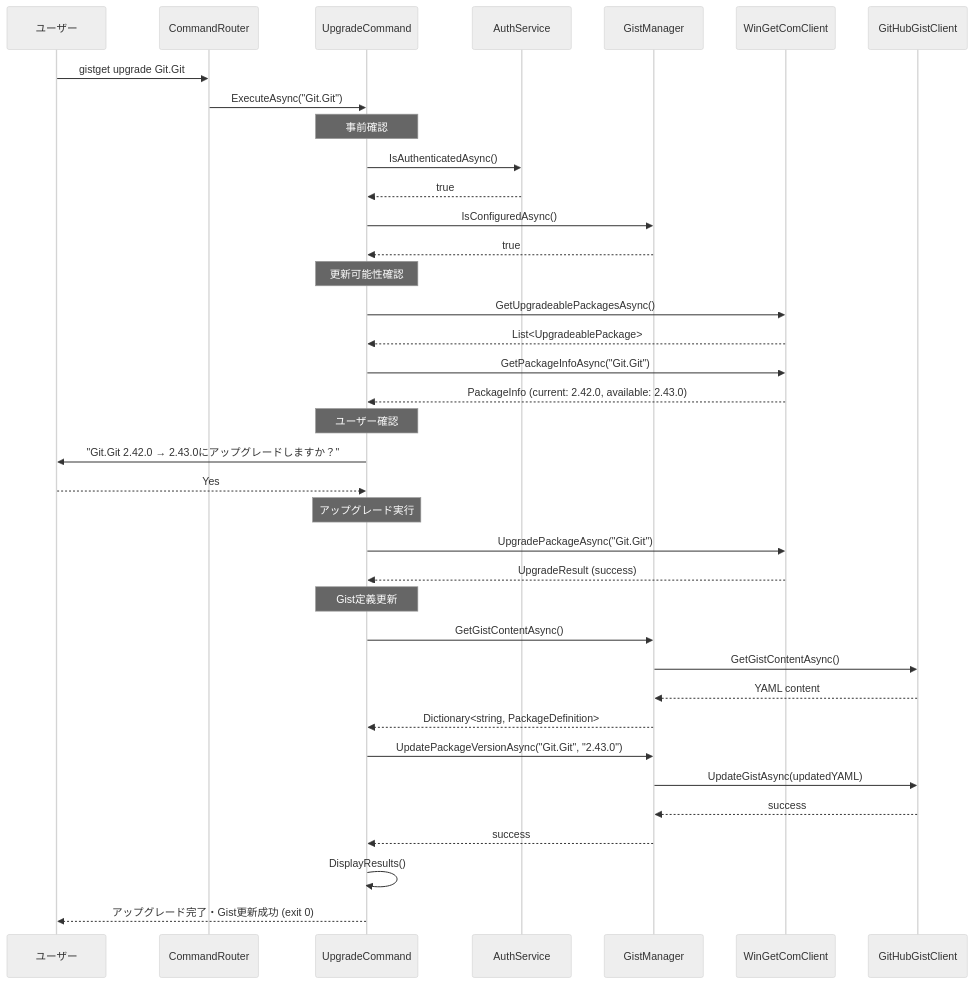
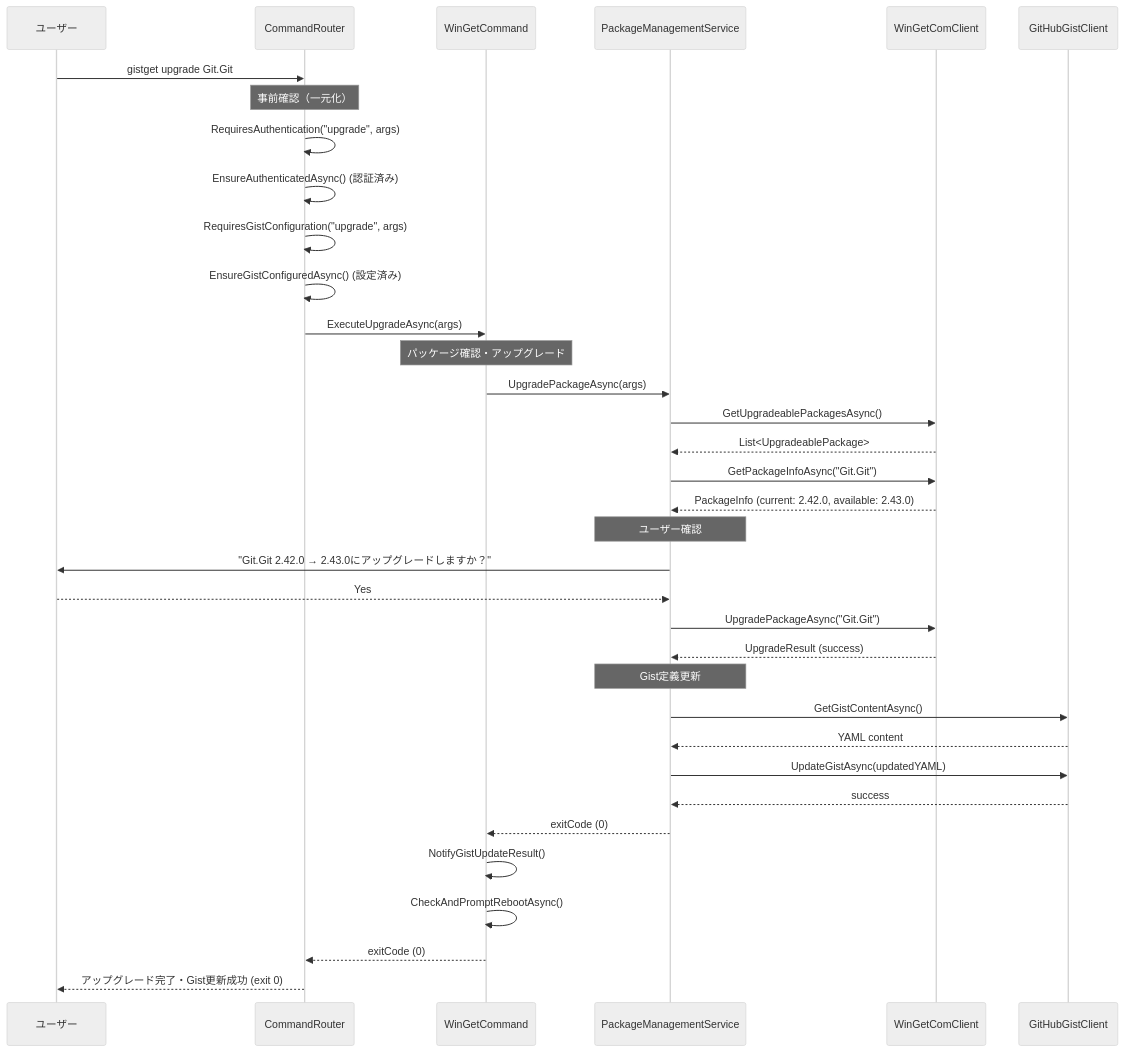
The diagram in docs/gistget/upgrade.md (nuitsjp/GistGet), drawn with Mermaid (neutral theme) before and after one commit. The commit also changed other lines of this file and 7 other files, not shown here.

First line of the commit message:
Refactor command handling in GistGet to centralize authentication and Gist configuration checks in CommandRouter

````diff
--- a/docs/gistget/upgrade.md
+++ b/docs/gistget/upgrade.md
@@ -115,49 +115,47 @@
 ```mermaid
 sequenceDiagram
     participant User as ユーザー
     participant Router as CommandRouter
-    participant UpgradeCmd as UpgradeCommand
-    participant AuthSvc as AuthService
-    participant GistMgr as GistManager
+    participant UpgradeCmd as WinGetCommand
+    participant PackageMgmt as PackageManagementService
     participant WinGetClient as WinGetComClient
     participant GitHubClient as GitHubGistClient
 
     User->>Router: gistget upgrade Git.Git
-    Router->>UpgradeCmd: ExecuteAsync("Git.Git")
     
-    note over UpgradeCmd: 事前確認
-    UpgradeCmd->>AuthSvc: IsAuthenticatedAsync()
-    AuthSvc-->>UpgradeCmd: true
+    note over Router: 事前確認（一元化）
+    Router->>Router: RequiresAuthentication("upgrade", args)
+    Router->>Router: EnsureAuthenticatedAsync() (認証済み)
+    Router->>Router: RequiresGistConfiguration("upgrade", args)
+    Router->>Router: EnsureGistConfiguredAsync() (設定済み)
     
-    UpgradeCmd->>GistMgr: IsConfiguredAsync()
-    GistMgr-->>UpgradeCmd: true
+    Router->>UpgradeCmd: ExecuteUpgradeAsync(args)
     
-    note over UpgradeCmd: 更新可能性確認
-    UpgradeCmd->>WinGetClient: GetUpgradeablePackagesAsync()
-    WinGetClient-->>UpgradeCmd: List<UpgradeablePackage>
+    note over UpgradeCmd: パッケージ確認・アップグレード
+    UpgradeCmd->>PackageMgmt: UpgradePackageAsync(args)
+    PackageMgmt->>WinGetClient: GetUpgradeablePackagesAsync()
+    WinGetClient-->>PackageMgmt: List<UpgradeablePackage>
     
-    UpgradeCmd->>WinGetClient: GetPackageInfoAsync("Git.Git")
-    WinGetClient-->>UpgradeCmd: PackageInfo (current: 2.42.0, available: 2.43.0)
+    PackageMgmt->>WinGetClient: GetPackageInfoAsync("Git.Git")
+    WinGetClient-->>PackageMgmt: PackageInfo (current: 2.42.0, available: 2.43.0)
     
-    note over UpgradeCmd: ユーザー確認
-    UpgradeCmd->>User: "Git.Git 2.42.0 → 2.43.0にアップグレードしますか？"
-    User-->>UpgradeCmd: Yes
+    note over PackageMgmt: ユーザー確認
+    PackageMgmt->>User: "Git.Git 2.42.0 → 2.43.0にアップグレードしますか？"
+    User-->>PackageMgmt: Yes
     
-    note over UpgradeCmd: アップグレード実行
-    UpgradeCmd->>WinGetClient: UpgradePackageAsync("Git.Git")
-    WinGetClient-->>UpgradeCmd: UpgradeResult (success)
+    PackageMgmt->>WinGetClient: UpgradePackageAsync("Git.Git")
+    WinGetClient-->>PackageMgmt: UpgradeResult (success)
     
-    note over UpgradeCmd: Gist定義更新
-    UpgradeCmd->>GistMgr: GetGistContentAsync()
-    GistMgr->>GitHubClient: GetGistContentAsync()
-    GitHubClient-->>GistMgr: YAML content
-    GistMgr-->>UpgradeCmd: Dictionary<string, PackageDefinition>
+    note over PackageMgmt: Gist定義更新
+    PackageMgmt->>GitHubClient: GetGistContentAsync()
+    GitHubClient-->>PackageMgmt: YAML content
+    PackageMgmt->>GitHubClient: UpdateGistAsync(updatedYAML)
+    GitHubClient-->>PackageMgmt: success
     
-    UpgradeCmd->>GistMgr: UpdatePackageVersionAsync("Git.Git", "2.43.0")
-    GistMgr->>GitHubClient: UpdateGistAsync(updatedYAML)
-    GitHubClient-->>GistMgr: success
-    GistMgr-->>UpgradeCmd: success
+    PackageMgmt-->>UpgradeCmd: exitCode (0)
     
-    UpgradeCmd->>UpgradeCmd: DisplayResults()
-    UpgradeCmd-->>User: アップグレード完了・Gist更新成功 (exit 0)
+    UpgradeCmd->>UpgradeCmd: NotifyGistUpdateResult()
+    UpgradeCmd->>UpgradeCmd: CheckAndPromptRebootAsync()
+    UpgradeCmd-->>Router: exitCode (0)
+    Router-->>User: アップグレード完了・Gist更新成功 (exit 0)
 ```
````
